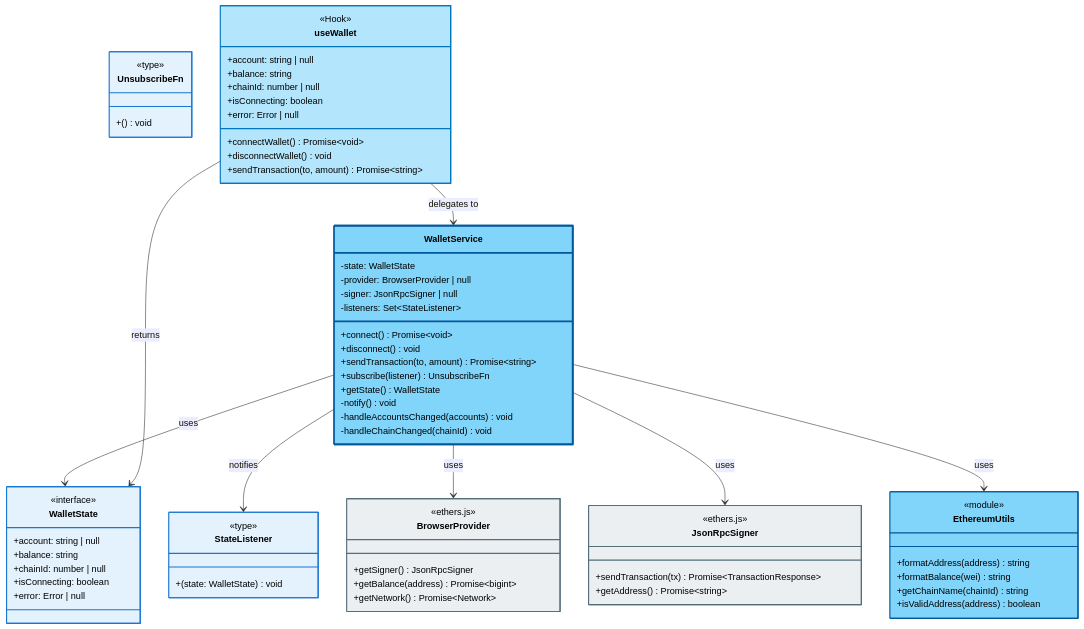
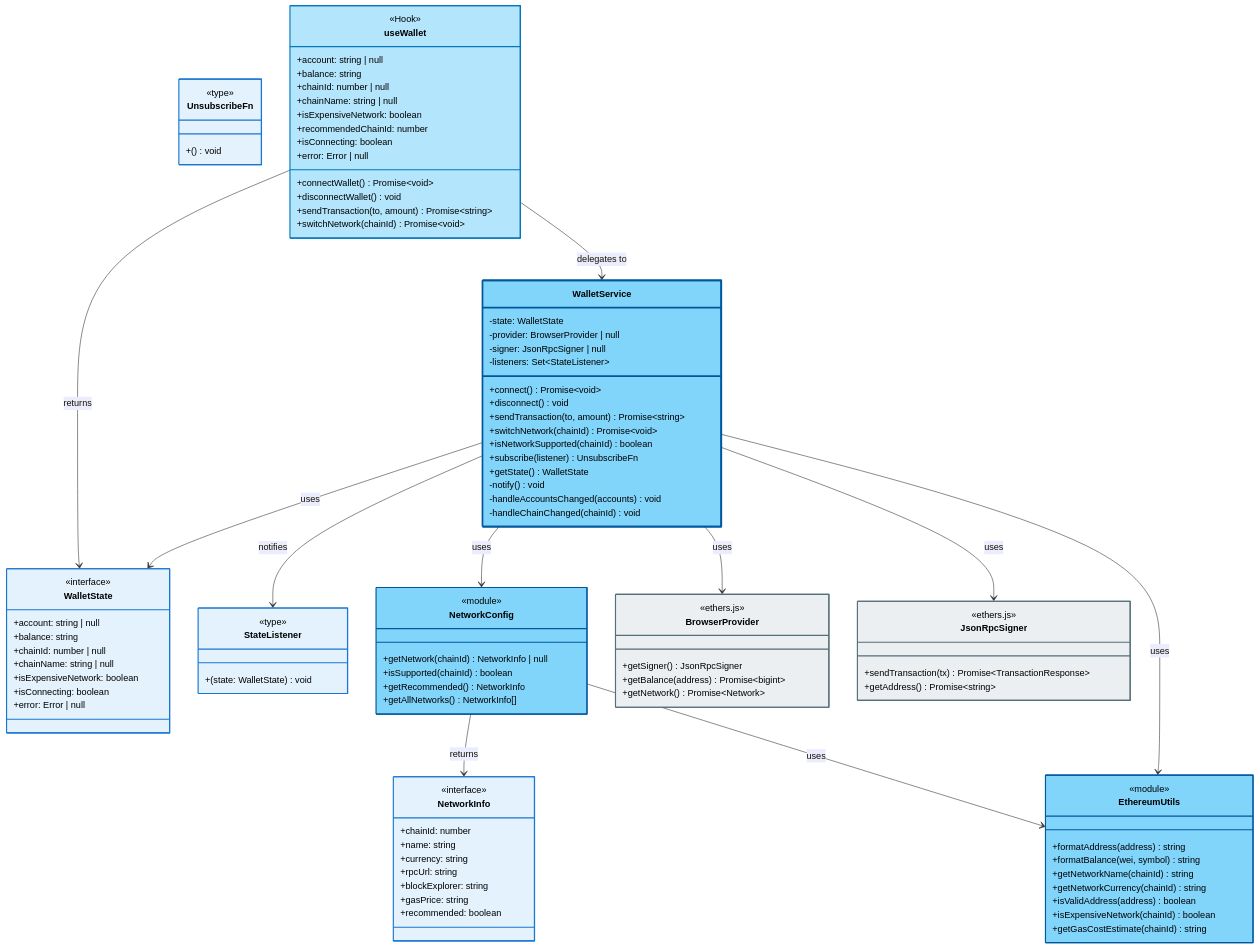
Before and after one commit to danealton/web3-simple-example: the diagram in docs/architecture/c4-diagrams/level-4-code.md, drawn with Mermaid. The commit also changed other lines of this file and 7 other files, not shown here.

Commit message:
docs: add multi-chain support (ADR-003) - Polygon as recommended network

```diff
--- a/docs/architecture/c4-diagrams/level-4-code.md
+++ b/docs/architecture/c4-diagrams/level-4-code.md
@@ -25,6 +25,8 @@
         +connect() Promise~void~
         +disconnect() void
         +sendTransaction(to, amount) Promise~string~
+        +switchNetwork(chainId) Promise~void~
+        +isNetworkSupported(chainId) boolean
         +subscribe(listener) UnsubscribeFn
         +getState() WalletState
 
@@ -38,6 +40,8 @@
         +account: string | null
         +balance: string
         +chainId: number | null
+        +chainName: string | null
+        +isExpensiveNetwork: boolean
         +isConnecting: boolean
         +error: Error | null
     }
@@ -52,12 +56,34 @@
         +() void
     }
 
+    class NetworkConfig {
+        <<module>>
+        +getNetwork(chainId) NetworkInfo | null
+        +isSupported(chainId) boolean
+        +getRecommended() NetworkInfo
+        +getAllNetworks() NetworkInfo[]
+    }
+
+    class NetworkInfo {
+        <<interface>>
+        +chainId: number
+        +name: string
+        +currency: string
+        +rpcUrl: string
+        +blockExplorer: string
+        +gasPrice: string
+        +recommended: boolean
+    }
+
     class EthereumUtils {
         <<module>>
         +formatAddress(address) string
-        +formatBalance(wei) string
-        +getChainName(chainId) string
+        +formatBalance(wei, symbol) string
+        +getNetworkName(chainId) string
+        +getNetworkCurrency(chainId) string
         +isValidAddress(address) boolean
+        +isExpensiveNetwork(chainId) boolean
+        +getGasCostEstimate(chainId) string
     }
 
     class useWallet {
@@ -65,11 +91,15 @@
         +account: string | null
         +balance: string
         +chainId: number | null
+        +chainName: string | null
+        +isExpensiveNetwork: boolean
+        +recommendedChainId: number
         +isConnecting: boolean
         +error: Error | null
         +connectWallet() Promise~void~
         +disconnectWallet() void
         +sendTransaction(to, amount) Promise~string~
+        +switchNetwork(chainId) Promise~void~
     }
 
     class BrowserProvider {
@@ -87,18 +117,24 @@
 
     WalletService --> WalletState : uses
     WalletService --> StateListener : notifies
+    WalletService --> NetworkConfig : uses
     WalletService --> BrowserProvider : uses
     WalletService --> JsonRpcSigner : uses
     WalletService --> EthereumUtils : uses
+
+    NetworkConfig --> NetworkInfo : returns
+    NetworkConfig --> EthereumUtils : uses
 
     useWallet --> WalletService : delegates to
     useWallet --> WalletState : returns
 
     style WalletService fill:#81d4fa,stroke:#01579b,stroke-width:3px,color:#000
+    style NetworkConfig fill:#81d4fa,stroke:#01579b,stroke-width:2px,color:#000
     style useWallet fill:#b3e5fc,stroke:#0277bd,stroke-width:2px,color:#000
     style EthereumUtils fill:#81d4fa,stroke:#01579b,stroke-width:2px,color:#000
 
     style WalletState fill:#e3f2fd,stroke:#1976d2,stroke-width:2px,color:#000
+    style NetworkInfo fill:#e3f2fd,stroke:#1976d2,stroke-width:2px,color:#000
     style StateListener fill:#e3f2fd,stroke:#1976d2,stroke-width:2px,color:#000
     style UnsubscribeFn fill:#e3f2fd,stroke:#1976d2,stroke-width:2px,color:#000
 
```
